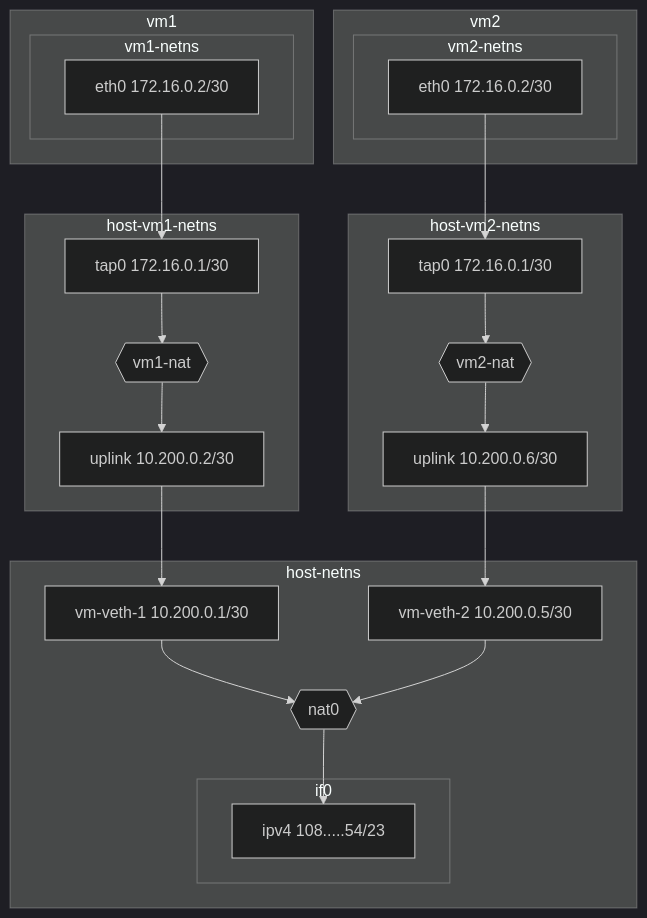
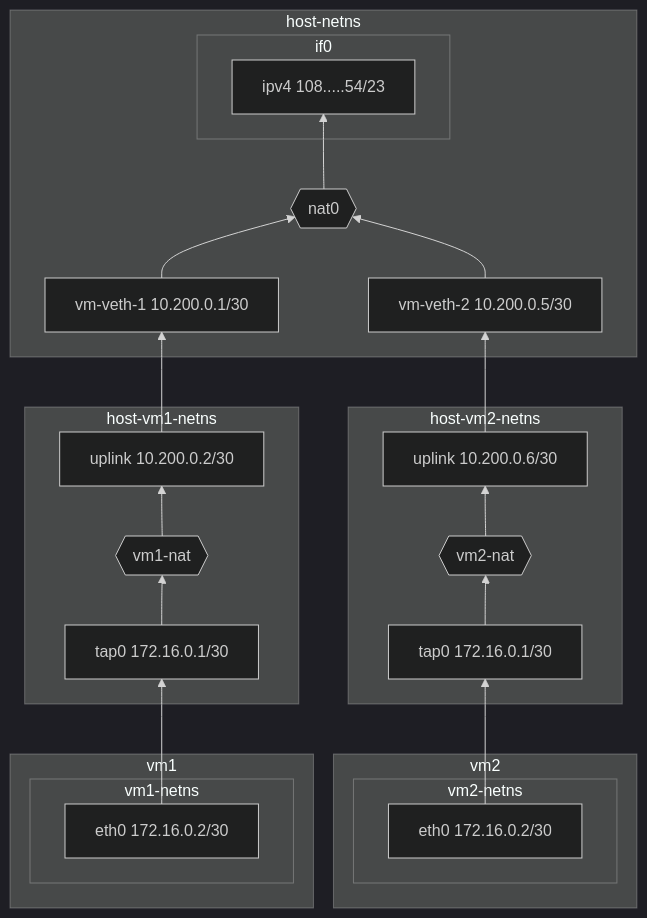
Before and after one commit to harmont-dev/hyper: the second of 3 diagrams in docs/cookbook/networking.md, drawn with Mermaid (dark theme). The commit also changed other lines of this file, not shown here.

````diff
--- a/docs/cookbook/networking.md
+++ b/docs/cookbook/networking.md
@@ -71,41 +78,41 @@
 ```mermaid
-flowchart TD
+flowchart BT
     subgraph host-netns
         subgraph if0
             ipv4["ipv4 108.....54/23"]
         end
 
         nat0{{"nat0"}}
 
         veth1["vm-veth-1 10.200.0.1/30"]
         veth2["vm-veth-2 10.200.0.5/30"]
     end
 
     subgraph host-vm1-netns
         uplink1["uplink 10.200.0.2/30"]
         nat1{{"vm1-nat"}}
         tap1["tap0 172.16.0.1/30"]
     end
 
     subgraph host-vm2-netns
         uplink2["uplink 10.200.0.6/30"]
         nat2{{"vm2-nat"}}
         tap2["tap0 172.16.0.1/30"]
     end
 
     subgraph vm1
         subgraph vm1-netns
             eth1["eth0 172.16.0.2/30"]
         end
     end
 
     subgraph vm2
         subgraph vm2-netns
             eth2["eth0 172.16.0.2/30"]
         end
     end
 
     eth1 --> tap1 --> nat1 --> uplink1 --> veth1 --> nat0
     eth2 --> tap2 --> nat2 --> uplink2 --> veth2 --> nat0
     nat0 --> ipv4
 ```
````
